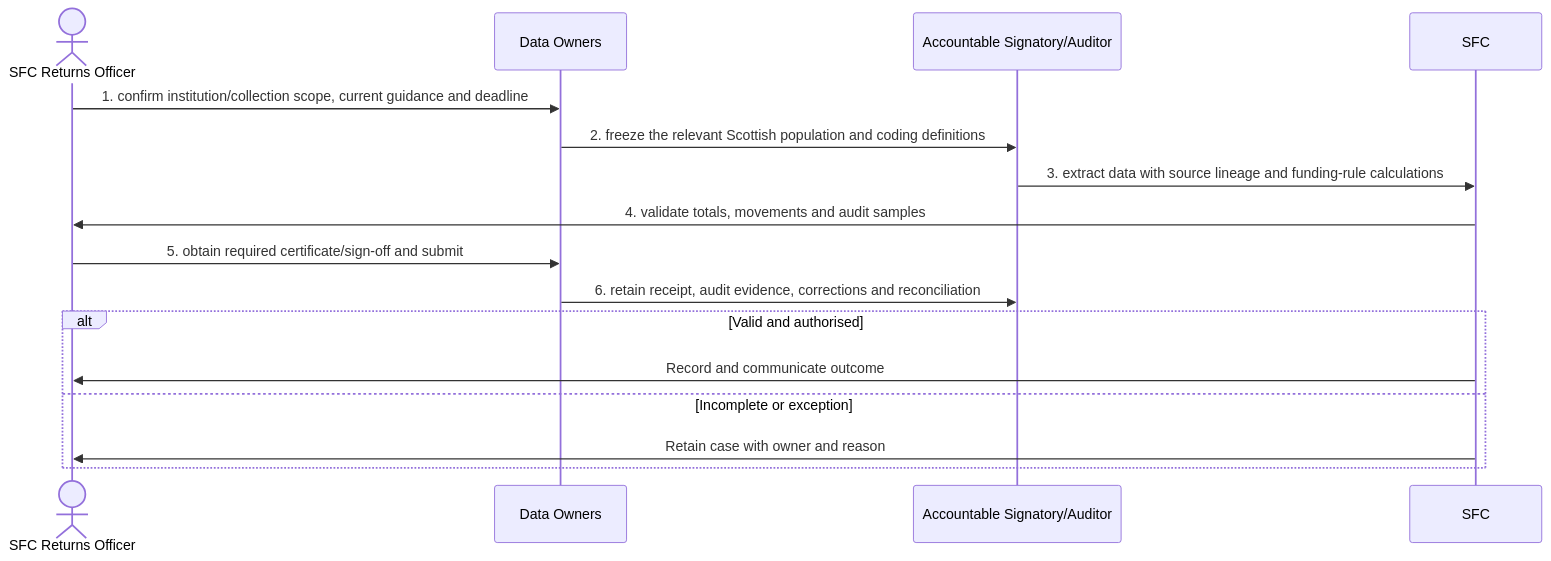
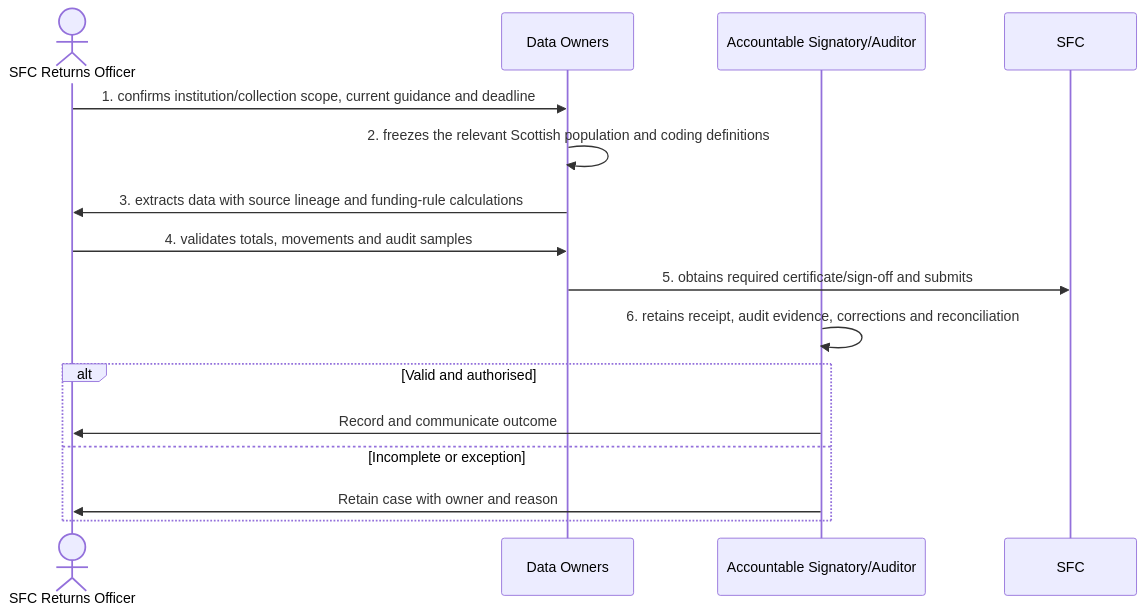
The diagram in docs/business-processes/07-regulatory-and-statutory-reporting/bp-07-005-produce-scottish-funding-council-returns.md (RevelationCore/Revelation-SRS), drawn with Mermaid before and after one commit. The commit also changed other lines of this file and 96 other files, not shown here.

````diff
--- a/docs/business-processes/07-regulatory-and-statutory-reporting/bp-07-005-produce-scottish-funding-council-returns.md
+++ b/docs/business-processes/07-regulatory-and-statutory-reporting/bp-07-005-produce-scottish-funding-council-returns.md
@@ -158,18 +158,18 @@
 ```mermaid
 sequenceDiagram
     actor A1 as SFC Returns Officer
     participant A2 as Data Owners
     participant A3 as Accountable Signatory/Auditor
     participant A4 as SFC
-    A1->>A2: 1. confirm institution/collection scope, current guidance and deadline
-    A2->>A3: 2. freeze the relevant Scottish population and coding definitions
-    A3->>A4: 3. extract data with source lineage and funding-rule calculations
-    A4->>A1: 4. validate totals, movements and audit samples
-    A1->>A2: 5. obtain required certificate/sign-off and submit
-    A2->>A3: 6. retain receipt, audit evidence, corrections and reconciliation
+    A1->>A2: 1. confirms institution/collection scope, current guidance and deadline
+    A2->>A2: 2. freezes the relevant Scottish population and coding definitions
+    A2->>A1: 3. extracts data with source lineage and funding-rule calculations
+    A1->>A2: 4. validates totals, movements and audit samples
+    A2->>A4: 5. obtains required certificate/sign-off and submits
+    A3->>A3: 6. retains receipt, audit evidence, corrections and reconciliation
     alt Valid and authorised
-        A4->>A1: Record and communicate outcome
+        A3->>A1: Record and communicate outcome
     else Incomplete or exception
-        A4->>A1: Retain case with owner and reason
+        A3->>A1: Retain case with owner and reason
     end
 ```
````
